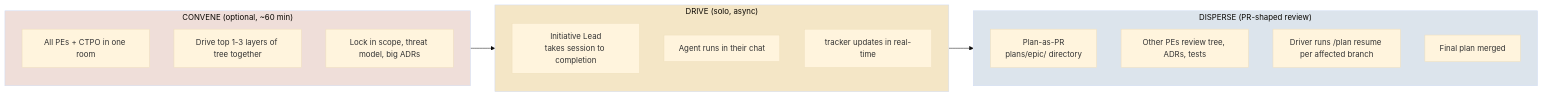
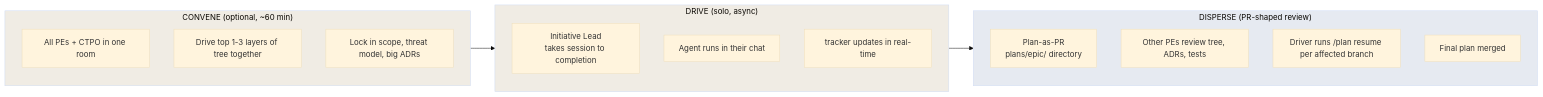
One commit to nlawstudio/ai-refinement-method changed diagram 14 of 17 in METHOD.md. Above: the diagram before and after it, drawn with Mermaid (base theme). The commit also changed other lines of this file and 4 other files, not shown here.

````diff
--- a/METHOD.md
+++ b/METHOD.md
@@ -800,28 +800,28 @@
 ```mermaid
 flowchart LR
     subgraph Convene["CONVENE (optional, ~60 min)"]
         C1[All PEs + CTPO in one room]
         C2[Drive top 1-3 layers of tree together]
         C3[Lock in scope, threat model, big ADRs]
     end
 
     subgraph Drive["DRIVE (solo, async)"]
         D1[Initiative Lead<br/>takes session to completion]
         D2[Agent runs in their chat]
         D3[tracker updates in real-time]
     end
 
     subgraph Disperse["DISPERSE (PR-shaped review)"]
         DI1[Plan-as-PR<br/>plans/epic/ directory]
         DI2[Other PEs review tree, ADRs, tests]
         DI3[Driver runs /plan resume per affected branch]
         DI4[Final plan merged]
     end
 
     Convene --> Drive
     Drive --> Disperse
 
-    style Convene fill:#EFDED9
-    style Drive fill:#F4E6C6
-    style Disperse fill:#DCE4EC
+    style Convene fill:#F0ECE4
+    style Drive fill:#F0ECE4
+    style Disperse fill:#E6EAF1
 ```
````
